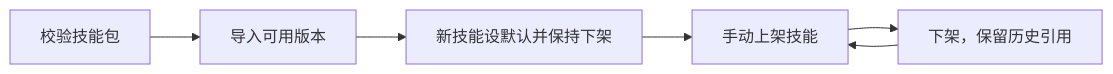
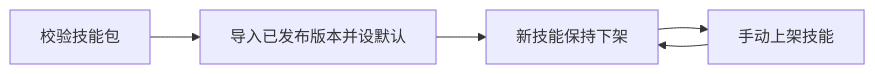
Before and after one commit to superduck-ai/open-managed-agents: the diagram in docs/design/be/system-skills-administration.md, drawn with Mermaid. The commit also changed other lines of this file and 59 other files, not shown here.

````diff
--- a/docs/design/be/system-skills-administration.md
+++ b/docs/design/be/system-skills-administration.md
@@ -75,8 +71,7 @@
 ```mermaid
 flowchart LR
-  ZIP[校验技能包] --> Published[导入可用版本]
-  Published --> Default[新技能设默认并保持下架]
-  Default --> Listed[手动上架技能]
-  Listed --> Unlisted[下架，保留历史引用]
-  Unlisted --> Listed
+  ZIP[校验技能包] --> Published[导入已发布版本并设默认]
+  Published --> Unlisted[新技能保持下架]
+  Unlisted --> Listed[手动上架技能]
+  Listed --> Unlisted
 ```
````
